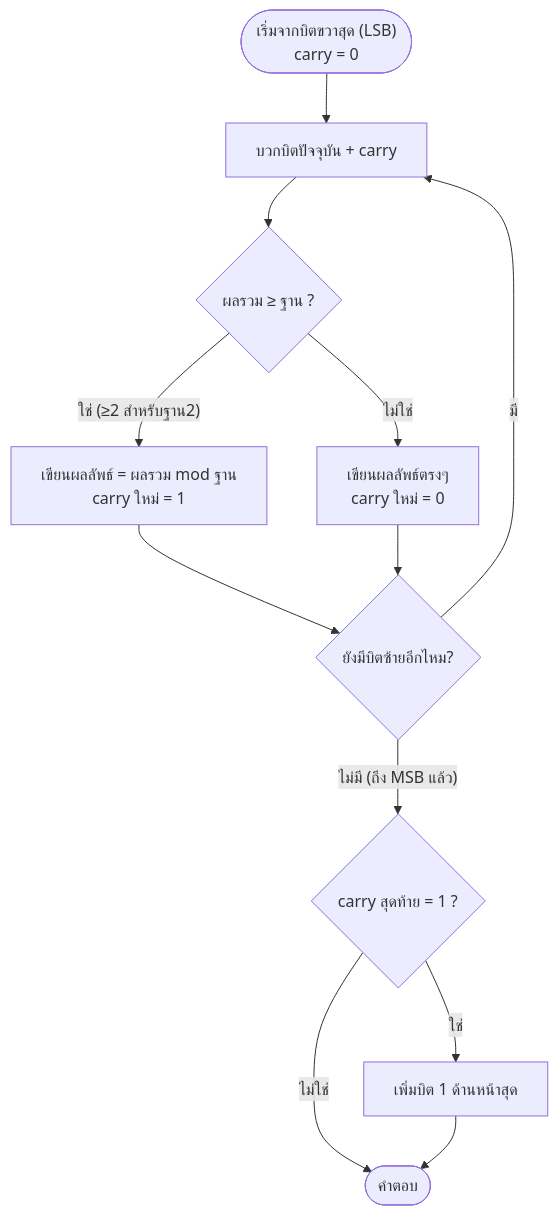
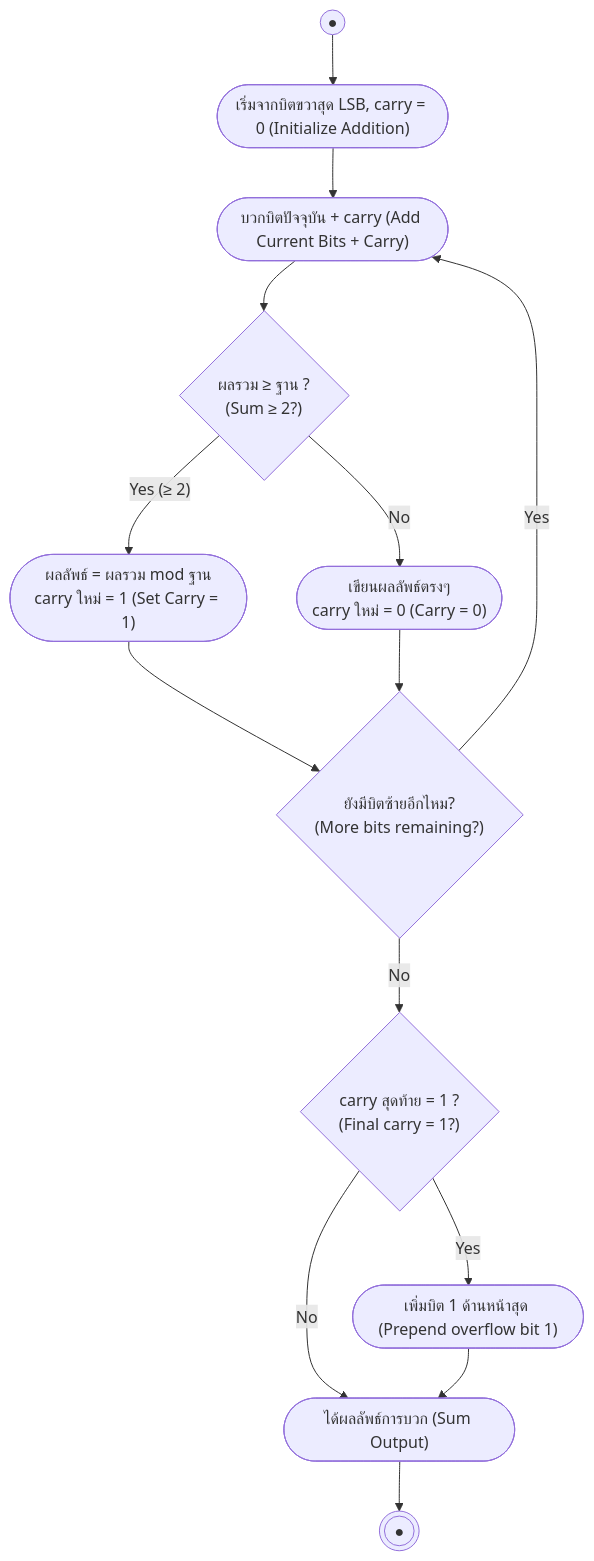
Before and after one commit to PhuriphatTyPeZ3r0/Course-1322201-Digital-Logic-Design-2026: the diagram in 01_Lectures/Week1/Binary-Arithmetic.md, drawn with Mermaid. The commit also changed other lines of this file and 18 other files, not shown here.

Commit message:
refactor: standardize diagrams to UML specifications across notes and templates

````diff
--- a/01_Lectures/Week1/Binary-Arithmetic.md
+++ b/01_Lectures/Week1/Binary-Arithmetic.md
@@ -43,14 +43,16 @@
 ```mermaid
 flowchart TD
-    Start(["เริ่มจากบิตขวาสุด (LSB)<br/>carry = 0"]) --> Add["บวกบิตปัจจุบัน + carry"]
-    Add --> Check{"ผลรวม ≥ ฐาน ?"}
-    Check -->|"ใช่ (≥2 สำหรับฐาน2)"| SetCarry["เขียนผลลัพธ์ = ผลรวม mod ฐาน<br/>carry ใหม่ = 1"]
-    Check -->|"ไม่ใช่"| NoCarry["เขียนผลลัพธ์ตรงๆ<br/>carry ใหม่ = 0"]
-    SetCarry --> Next{"ยังมีบิตซ้ายอีกไหม?"}
+    Start((●)) --> Init(["เริ่มจากบิตขวาสุด LSB, carry = 0 (Initialize Addition)"])
+    Init --> Add(["บวกบิตปัจจุบัน + carry (Add Current Bits + Carry)"])
+    Add --> Check{"ผลรวม ≥ ฐาน ?<br/>(Sum ≥ 2?)"}
+    Check -->|"Yes (≥ 2)"| SetCarry(["ผลลัพธ์ = ผลรวม mod ฐาน<br/>carry ใหม่ = 1 (Set Carry = 1)"])
+    Check -->|"No"| NoCarry(["เขียนผลลัพธ์ตรงๆ<br/>carry ใหม่ = 0 (Carry = 0)"])
+    SetCarry --> Next{"ยังมีบิตซ้ายอีกไหม?<br/>(More bits remaining?)"}
     NoCarry --> Next
-    Next -->|"มี"| Add
-    Next -->|"ไม่มี (ถึง MSB แล้ว)"| Final{"carry สุดท้าย = 1 ?"}
-    Final -->|ใช่| Extra["เพิ่มบิต 1 ด้านหน้าสุด"]
-    Final -->|ไม่ใช่| Done(["คำตอบ"])
+    Next -->|Yes| Add
+    Next -->|No| Final{"carry สุดท้าย = 1 ?<br/>(Final carry = 1?)"}
+    Final -->|Yes| Extra(["เพิ่มบิต 1 ด้านหน้าสุด (Prepend overflow bit 1)"])
+    Final -->|No| Done(["ได้ผลลัพธ์การบวก (Sum Output)"])
     Extra --> Done
+    Done --> Stop(((●)))
 ```
````
